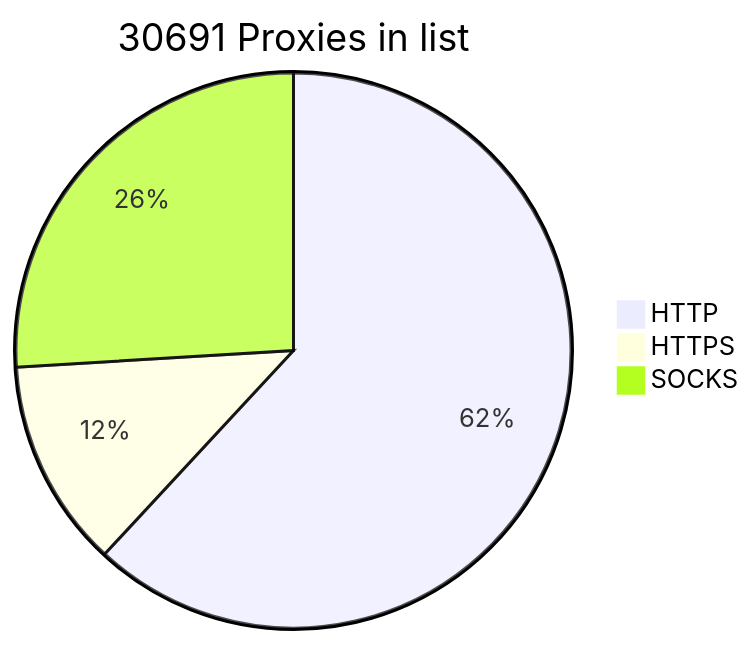
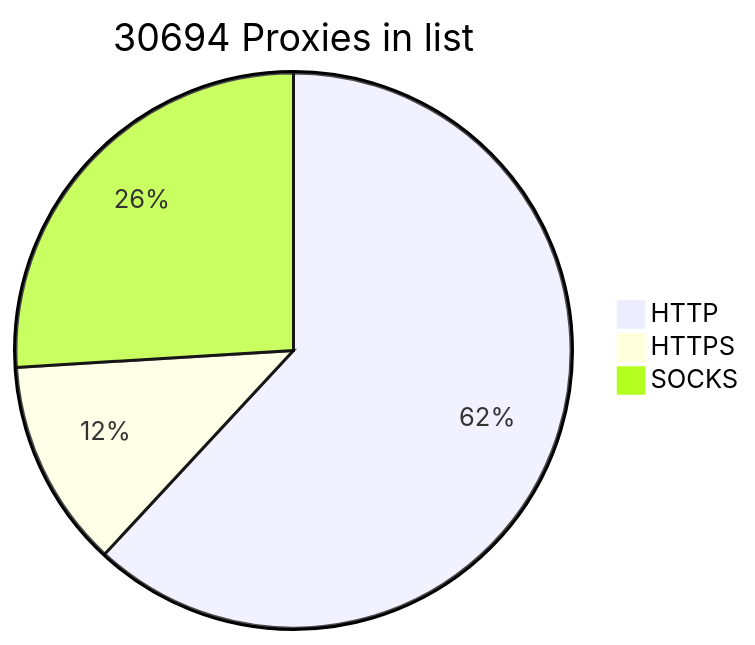
One commit to BlackSnowDot/proxylist-update-every-minute changed the diagram in README.md. Above: the diagram before and after it, drawn with Mermaid.

````diff
--- a/README.md
+++ b/README.md
@@ -2,6 +2,6 @@
 ```mermaid
-pie title 30691 Proxies in list
+pie title 30694 Proxies in list
     "HTTP" : 20880
     "HTTPS": 4093
-    "SOCKS" : 8757
+    "SOCKS" : 8760
 ```
````
